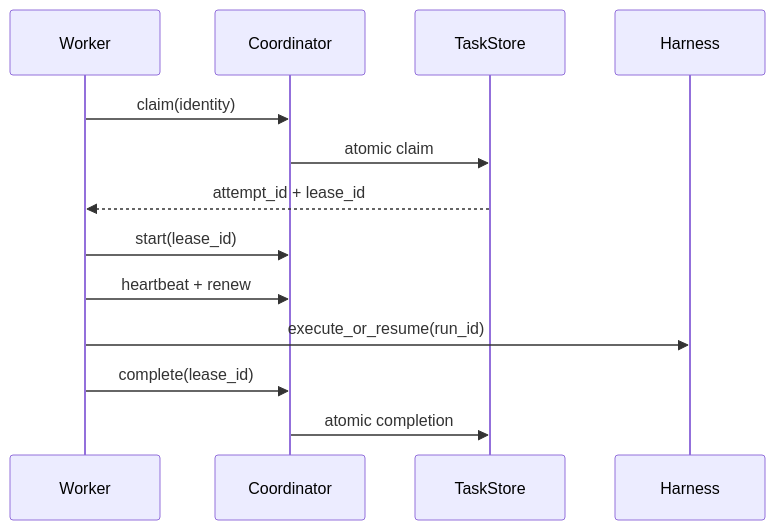
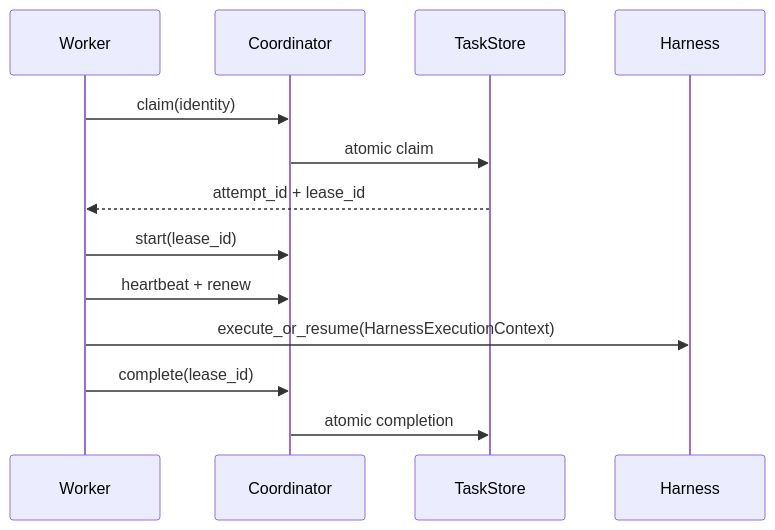
Before and after one commit to Project-Nexus-YR/NEXUS: the diagram in docs/leases.md, drawn with Mermaid. The commit also changed 9 other files, not shown here.

````diff
--- a/docs/leases.md
+++ b/docs/leases.md
@@ -13,11 +13,11 @@
 ```mermaid
 sequenceDiagram
     Worker->>Coordinator: claim(identity)
     Coordinator->>TaskStore: atomic claim
     TaskStore-->>Worker: attempt_id + lease_id
     Worker->>Coordinator: start(lease_id)
     Worker->>Coordinator: heartbeat + renew
-    Worker->>Harness: execute_or_resume(run_id)
+    Worker->>Harness: execute_or_resume(HarnessExecutionContext)
     Worker->>Coordinator: complete(lease_id)
     Coordinator->>TaskStore: atomic completion
 ```
````
